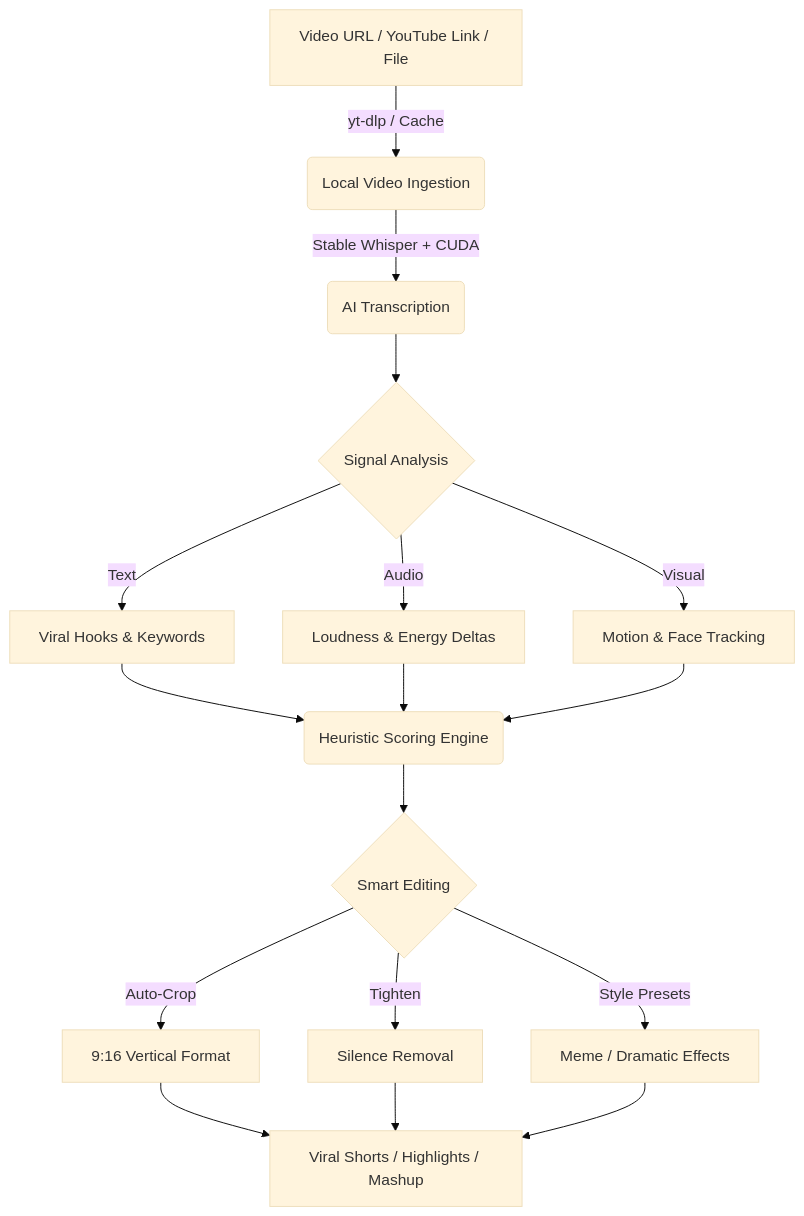
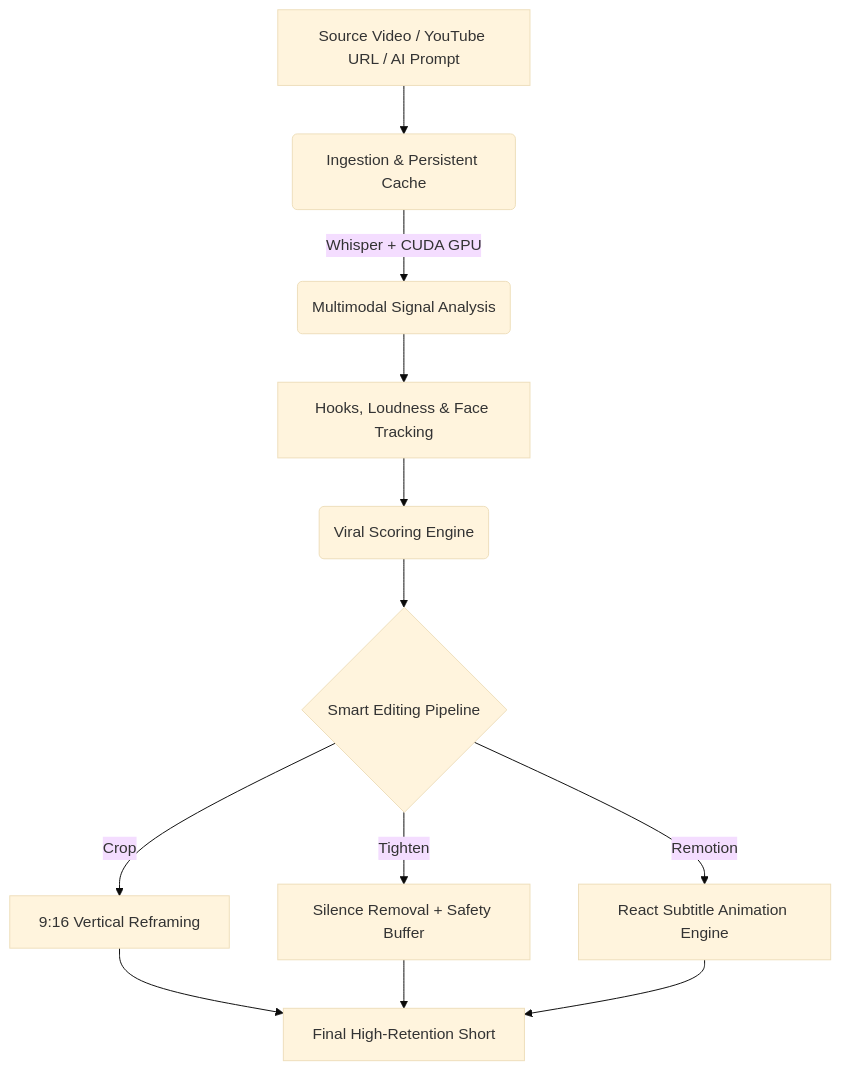
The diagram in README.md (ghost1412/shorts-generator), drawn with Mermaid (base theme) before and after one commit. The commit also changed other lines of this file and 12 other files, not shown here.

First line of the commit message:
feat: Production-grade shorts pipeline with ElevenLabs, Gemini Scorin… (#5)

````diff
--- a/README.md
+++ b/README.md
@@ -29,15 +55,12 @@
 ```mermaid
 graph TD
-    A[Video URL / YouTube Link / File] -->|yt-dlp / Cache| B(Local Video Ingestion)
-    B -->|Stable Whisper + CUDA| C(AI Transcription)
-    C --> D{Signal Analysis}
-    D -->|Text| E[Viral Hooks & Keywords]
-    D -->|Audio| F[Loudness & Energy Deltas]
-    D -->|Visual| G[Motion & Face Tracking]
-    E & F & G --> H(Heuristic Scoring Engine)
-    H --> I{Smart Editing}
-    I -->|Auto-Crop| J[9:16 Vertical Format]
-    I -->|Tighten| K[Silence Removal]
-    I -->|Style Presets| L[Meme / Dramatic Effects]
-    J & K & L --> M[Viral Shorts / Highlights / Mashup]
+    A[Source Video / YouTube URL / AI Prompt] --> B(Ingestion & Persistent Cache)
+    B -->|Whisper + CUDA GPU| C(Multimodal Signal Analysis)
+    C --> D[Hooks, Loudness & Face Tracking]
+    D --> E(Viral Scoring Engine)
+    E --> F{Smart Editing Pipeline}
+    F -->|Crop| G[9:16 Vertical Reframing]
+    F -->|Tighten| H[Silence Removal + Safety Buffer]
+    F -->|Remotion| I[React Subtitle Animation Engine]
+    G & H & I --> J[Final High-Retention Short]
 ```
````
